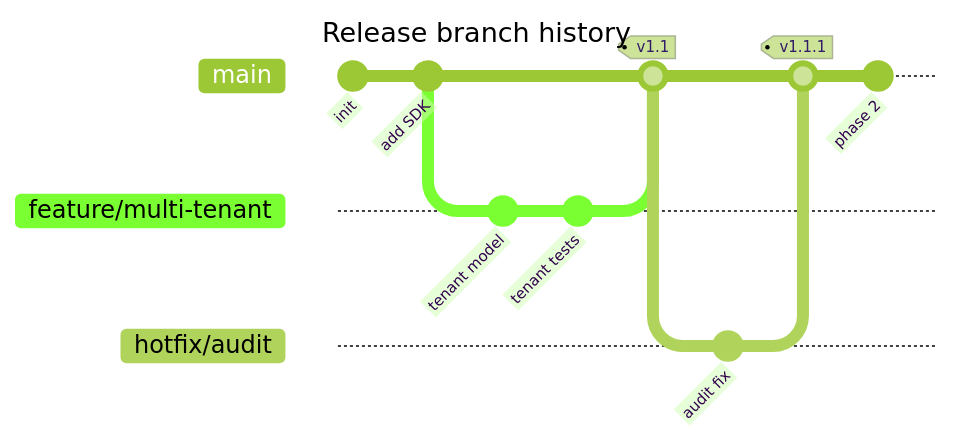
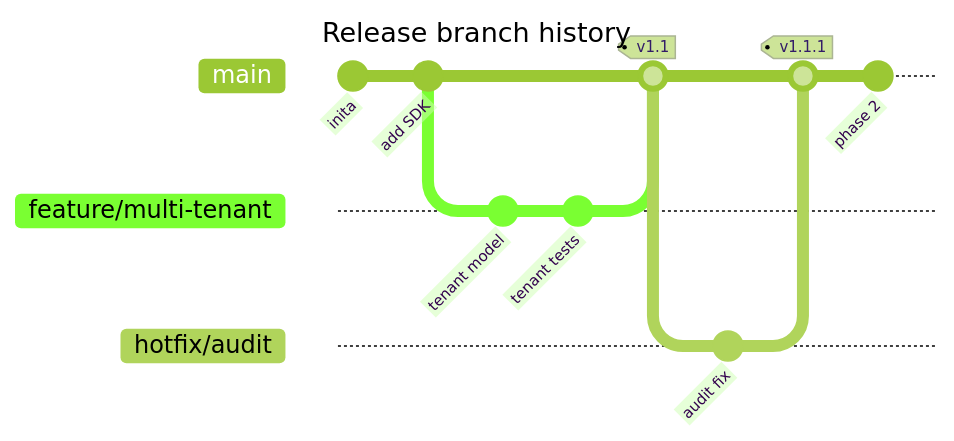
One commit to SlideWright/lattice changed diagram 11 of 25 in examples/mermaid-gallery.md. Above: the diagram before and after it, drawn with Mermaid (forest theme). The commit also changed other lines of this file and 1 other file, not shown here.

Commit message:
feat(4k): promote mermaid-gallery to 16:9-4k smoke-test
Switches the Mermaid diagram gallery to the 4K canvas (3840×2160) as the
first end-to-end smoke-test for multi-resolution output. cqi tokens and
container-type:size are already in place so all 31 slides render at full
scale. Also adds the multi-resolution strategy design note, and renames
the gitGraph commit id "init" → "inita" to avoid any reserved-word edge
cases across Mermaid versions.

````diff
--- a/examples/mermaid-gallery.md
+++ b/examples/mermaid-gallery.md
@@ -335,19 +335,19 @@
 ```mermaid
 ---
 title: Release branch history
 ---
 gitGraph
-  commit id: "init"
+  commit id: "inita"
   commit id: "add SDK"
   branch feature/multi-tenant
   checkout feature/multi-tenant
   commit id: "tenant model"
   commit id: "tenant tests"
   checkout main
   merge feature/multi-tenant tag: "v1.1"
   branch hotfix/audit
   commit id: "audit fix"
   checkout main
   merge hotfix/audit tag: "v1.1.1"
   commit id: "phase 2"
 ```
````
